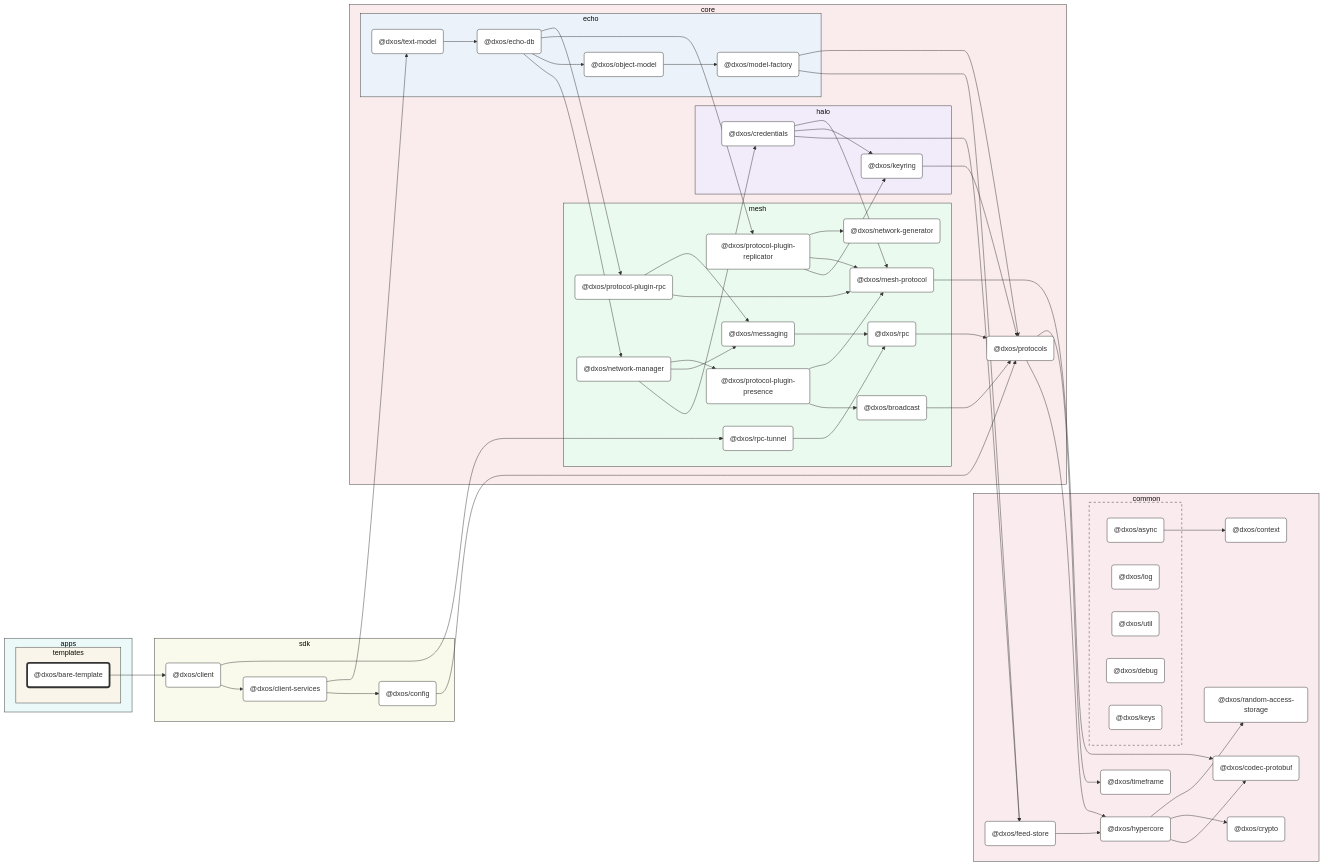
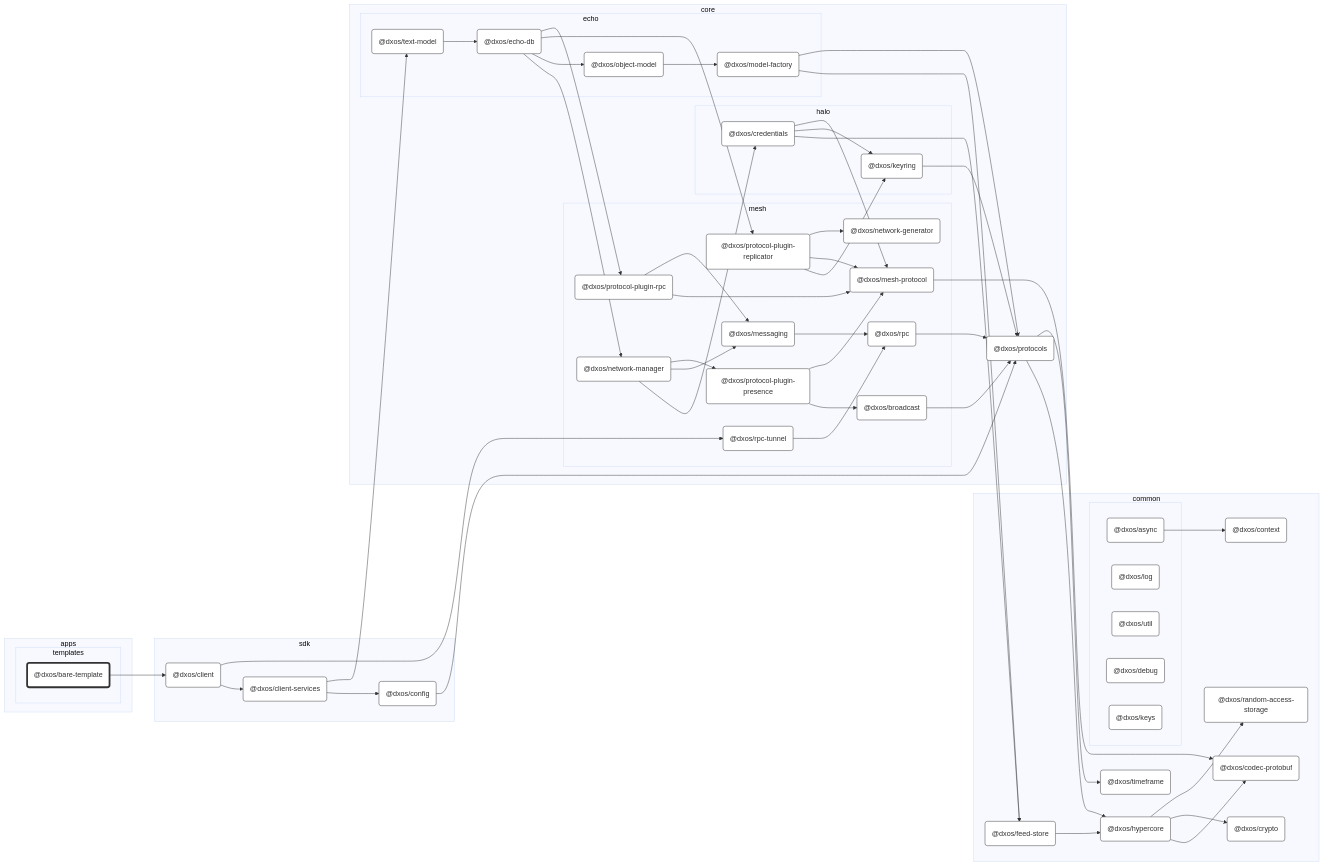
One commit to dxos/dxos changed the diagram in packages/apps/templates/bare-template/docs/README.md. Above: the diagram before and after it, drawn with Mermaid (base theme). The commit also changed 80 other files, not shown here.

```diff
--- a/packages/apps/templates/bare-template/docs/README.md
+++ b/packages/apps/templates/bare-template/docs/README.md
@@ -16,17 +16,14 @@
 %% Nodes
 
 subgraph apps [apps]
-  style apps fill:#ebfaf9,stroke:#333
 
   subgraph templates [templates]
-    style templates fill:#faf5eb,stroke:#333
     dxos/bare-template("@dxos/bare-template"):::root
     click dxos/bare-template "dxos/dxos/tree/main/packages/apps/templates/bare-template/docs"
   end
 end
 
 subgraph sdk [sdk]
-  style sdk fill:#f9faeb,stroke:#333
   dxos/client("@dxos/client"):::def
   click dxos/client "dxos/dxos/tree/main/packages/sdk/client/docs"
   dxos/client-services("@dxos/client-services"):::def
@@ -36,7 +33,6 @@
 end
 
 subgraph common [common]
-  style common fill:#faebee,stroke:#333
   dxos/context("@dxos/context"):::def
   click dxos/context "dxos/dxos/tree/main/packages/common/context/docs"
   dxos/codec-protobuf("@dxos/codec-protobuf"):::def
@@ -53,7 +49,6 @@
   click dxos/feed-store "dxos/dxos/tree/main/packages/common/feed-store/docs"
 
   subgraph _ [ ]
-    style _ fill:#faebee,stroke:#333,stroke-dasharray:5 5
     dxos/async("@dxos/async"):::def
     click dxos/async "dxos/dxos/tree/main/packages/common/async/docs"
     dxos/log("@dxos/log"):::def
@@ -68,12 +63,10 @@
 end
 
 subgraph core [core]
-  style core fill:#faebec,stroke:#333
   dxos/protocols("@dxos/protocols"):::def
   click dxos/protocols "dxos/dxos/tree/main/packages/core/protocols/docs"
 
   subgraph halo [halo]
-    style halo fill:#f1ebfa,stroke:#333
     dxos/credentials("@dxos/credentials"):::def
     click dxos/credentials "dxos/dxos/tree/main/packages/core/halo/credentials/docs"
     dxos/keyring("@dxos/keyring"):::def
@@ -81,7 +74,6 @@
   end
 
   subgraph mesh [mesh]
-    style mesh fill:#ebfaef,stroke:#333
     dxos/mesh-protocol("@dxos/mesh-protocol"):::def
     click dxos/mesh-protocol "dxos/dxos/tree/main/packages/core/mesh/mesh-protocol/docs"
     dxos/messaging("@dxos/messaging"):::def
@@ -105,7 +97,6 @@
   end
 
   subgraph echo [echo]
-    style echo fill:#ebf2fa,stroke:#333
     dxos/echo-db("@dxos/echo-db"):::def
     click dxos/echo-db "dxos/dxos/tree/main/packages/core/echo/echo-db/docs"
     dxos/model-factory("@dxos/model-factory"):::def
```
